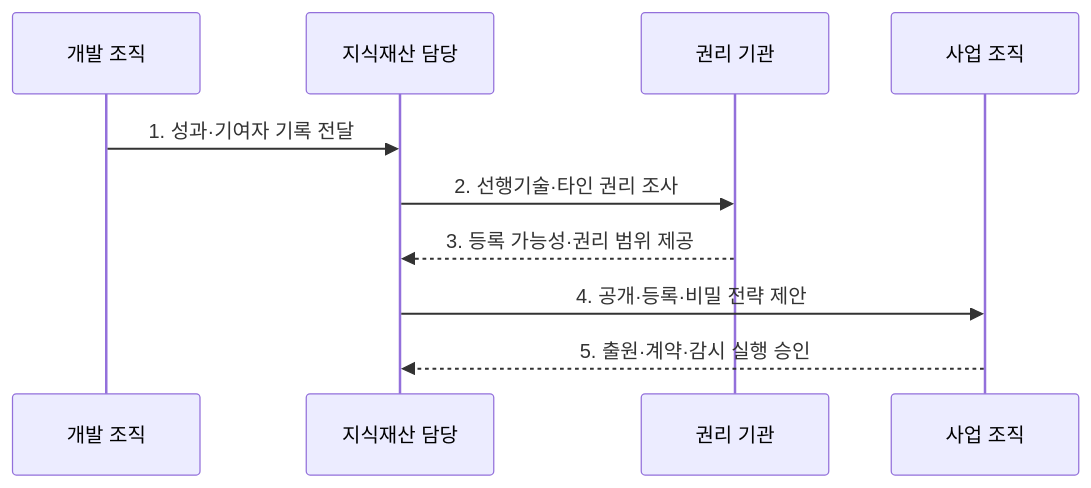
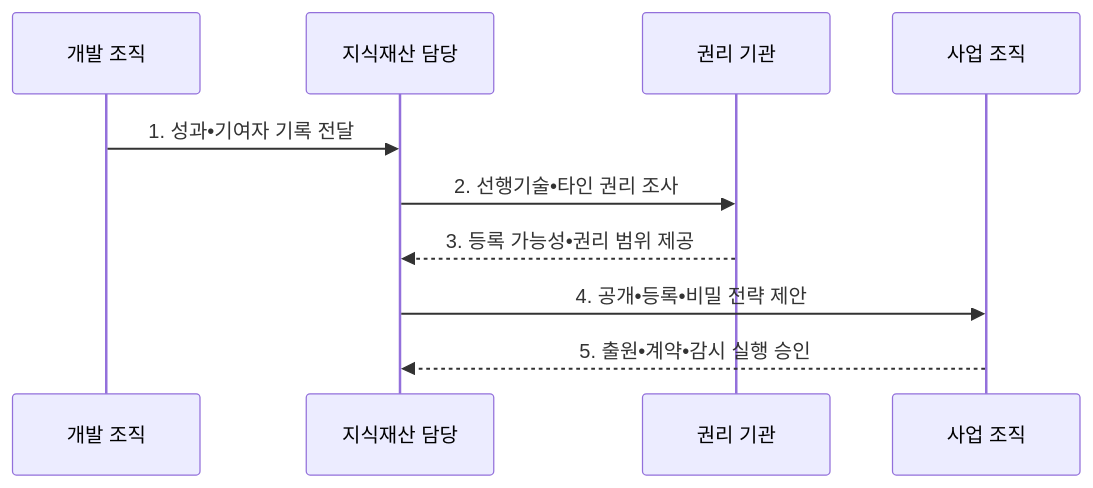
The second of 2 diagrams in src/content/docs/notes/07-law-policy/040_intellectual_property_rights.md (agnusdei1207/knowledge-base), drawn with Mermaid before and after one commit. The commit also changed other lines of this file and 953 other files, not shown here.

````diff
--- a/src/content/docs/notes/07-law-policy/040_intellectual_property_rights.md
+++ b/src/content/docs/notes/07-law-policy/040_intellectual_property_rights.md
@@ -101,12 +101,12 @@
 ```mermaid
 sequenceDiagram
     participant D as 개발 조직
     participant I as 지식재산 담당
     participant R as 권리 기관
     participant B as 사업 조직
-    D->>I: 1. 성과·기여자 기록 전달
-    I->>R: 2. 선행기술·타인 권리 조사
-    R-->>I: 3. 등록 가능성·권리 범위 제공
-    I->>B: 4. 공개·등록·비밀 전략 제안
-    B-->>I: 5. 출원·계약·감시 실행 승인
+    D->>I: 1. 성과•기여자 기록 전달
+    I->>R: 2. 선행기술•타인 권리 조사
+    R-->>I: 3. 등록 가능성•권리 범위 제공
+    I->>B: 4. 공개•등록•비밀 전략 제안
+    B-->>I: 5. 출원•계약•감시 실행 승인
 ```
````
